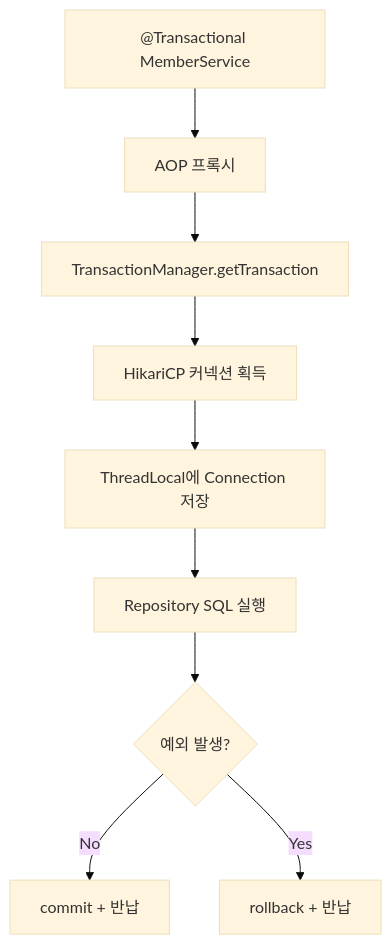
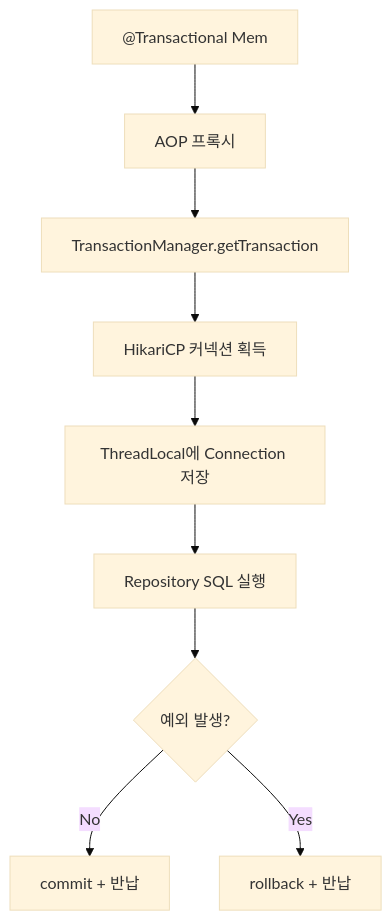
One commit to yjkim2015/yjkim2015.github.io changed diagram 11 of 11 in _posts/spring/2026-05-02-spring-db-1.md. Above: the diagram before and after it, drawn with Mermaid (base theme). The commit also changed other lines of this file and 271 other files, not shown here.

First line of the commit message:
Mermaid 라벨 축소: 긴 노드 텍스트 18자 이하로 트림 + \n 제거

````diff
--- a/_posts/spring/2026-05-02-spring-db-1.md
+++ b/_posts/spring/2026-05-02-spring-db-1.md
@@ -602,11 +602,11 @@
 ```mermaid
 flowchart TD
-    A["@Transactional MemberService"] --> B[AOP 프록시]
+    A["@Transactional Mem"] --> B[AOP 프록시]
     B --> C[TransactionManager.getTransaction]
     C --> D[HikariCP 커넥션 획득]
     D --> E[ThreadLocal에 Connection 저장]
     E --> F[Repository SQL 실행]
     F --> G{예외 발생?}
     G -->|No| H[commit + 반납]
     G -->|Yes| I[rollback + 반납]
 ```
````
